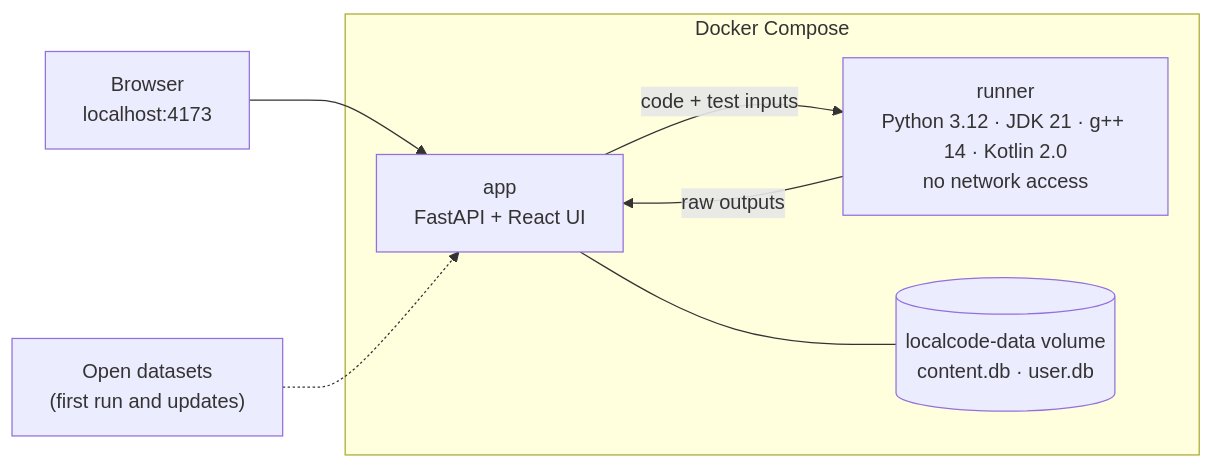
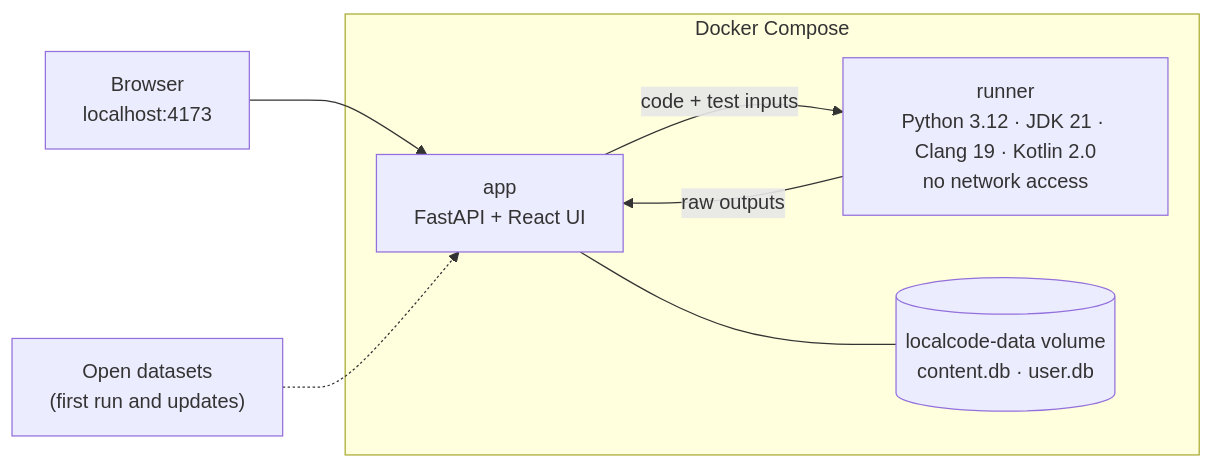
The first of 2 diagrams in README.md (RyPope/localcode), drawn with Mermaid before and after one commit. The commit also changed other lines of this file and 6 other files, not shown here.

First line of the commit message:
feat(runner): compile C++ with Clang 19 and C++23, as LeetCode does

````diff
--- a/README.md
+++ b/README.md
@@ -92,13 +92,13 @@
 ```mermaid
 flowchart LR
     B["Browser<br/>localhost:4173"] --> A
     subgraph Docker["Docker Compose"]
         A["app<br/>FastAPI + React UI"]
-        R["runner<br/>Python 3.12 · JDK 21 · g++ 14 · Kotlin 2.0<br/>no network access"]
+        R["runner<br/>Python 3.12 · JDK 21 · Clang 19 · Kotlin 2.0<br/>no network access"]
         D[("localcode-data volume<br/>content.db · user.db")]
         A -- "code + test inputs" --> R
         R -- "raw outputs" --> A
         A --- D
     end
     S["Open datasets<br/>(first run and updates)"] -.-> A
 ```
````
